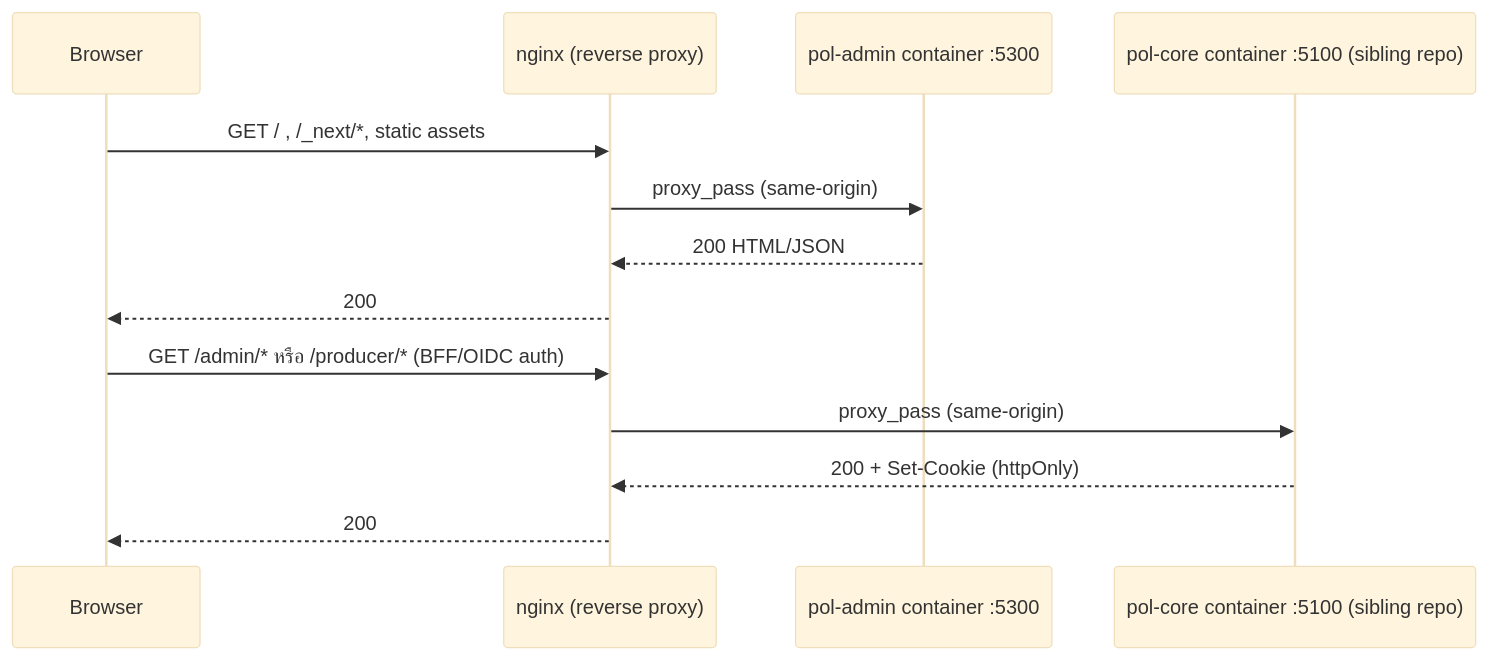
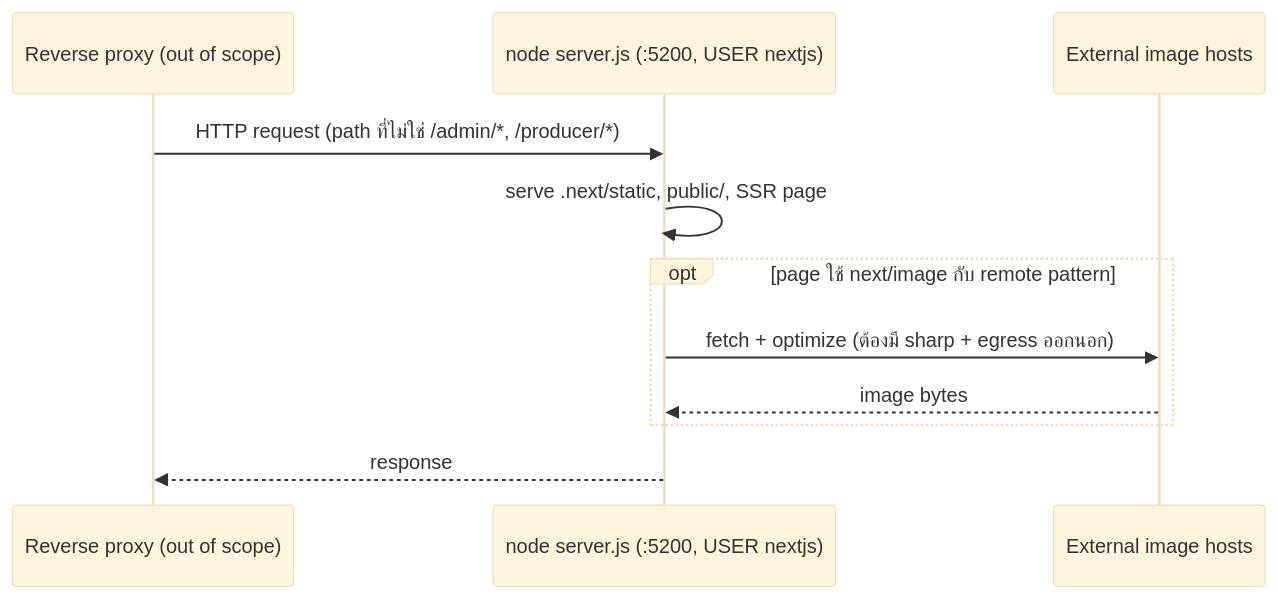
The third of 3 diagrams in .claude/specs/docker-prod-deploy/design.md (metrodiesign/pol-merchant), drawn with Mermaid (base theme) before and after one commit. The commit also changed other lines of this file and 760 other files, not shown here.

First line of the commit message:
feat(merchant): clone pol-admin@70bb262 on port 3002, keep register flow

````diff
--- a/.claude/specs/docker-prod-deploy/design.md
+++ b/.claude/specs/docker-prod-deploy/design.md
@@ -44,17 +69,14 @@
 ```mermaid
 sequenceDiagram
-    participant B as Browser
-    participant N as nginx (reverse proxy)
-    participant A as pol-admin container :5300
-    participant C as pol-core container :5100 (sibling repo)
+    participant Proxy as Reverse proxy (out of scope)
+    participant Server as node server.js (:5200, USER nextjs)
+    participant Ext as External image hosts
 
-    B->>N: GET / , /_next/*, static assets
-    N->>A: proxy_pass (same-origin)
-    A-->>N: 200 HTML/JSON
-    N-->>B: 200
-
-    B->>N: GET /admin/* หรือ /producer/* (BFF/OIDC auth)
-    N->>C: proxy_pass (same-origin)
-    C-->>N: 200 + Set-Cookie (httpOnly)
-    N-->>B: 200
+    Proxy->>Server: HTTP request (path ที่ไม่ใช่ /admin/*, /producer/*)
+    Server->>Server: serve .next/static, public/, SSR page
+    opt page ใช้ next/image กับ remote pattern
+        Server->>Ext: fetch + optimize (ต้องมี sharp + egress ออกนอก)
+        Ext-->>Server: image bytes
+    end
+    Server-->>Proxy: response
 ```
````
